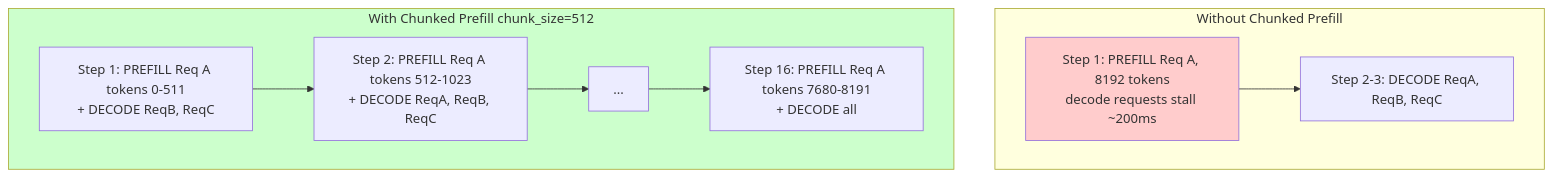
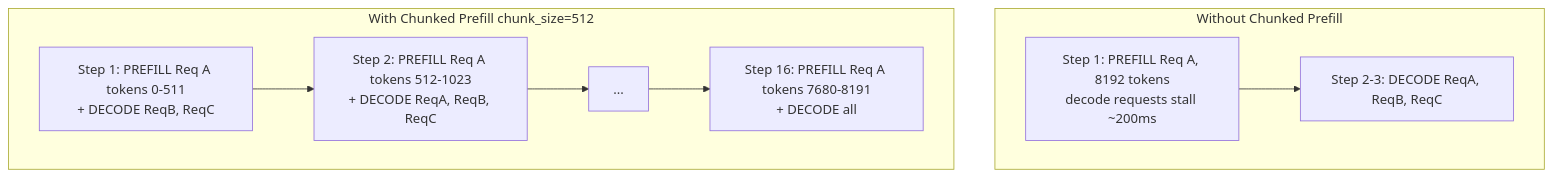
One commit to farhanshaikh-fslabs/anatomy-of-inference-serving changed diagram 31 of 39 in README.md. Above: the diagram before and after it, drawn with Mermaid. The commit also changed other lines of this file, not shown here.

````diff
--- a/README.md
+++ b/README.md
@@ -1391,21 +1391,21 @@
 ```mermaid
 graph TB
     subgraph WithoutChunk["Without Chunked Prefill"]
         P1["Step 1: PREFILL Req A, 8192 tokens<br/>decode requests stall ~200ms"]
         D1["Step 2-3: DECODE ReqA, ReqB, ReqC"]
         
         P1 --> D1
     end
     
     subgraph WithChunk["With Chunked Prefill chunk_size=512"]
         P1C["Step 1: PREFILL Req A tokens 0-511<br/>+ DECODE ReqB, ReqC"]
         P2C["Step 2: PREFILL Req A tokens 512-1023<br/>+ DECODE ReqA, ReqB, ReqC"]
         PN["..."]
         PNC["Step 16: PREFILL Req A tokens 7680-8191<br/>+ DECODE all"]
         
         P1C --> P2C --> PN --> PNC
     end
     
-    style P1 fill:#ffcccc
-    style WithChunk fill:#ccffcc
+
+
 ```
````
